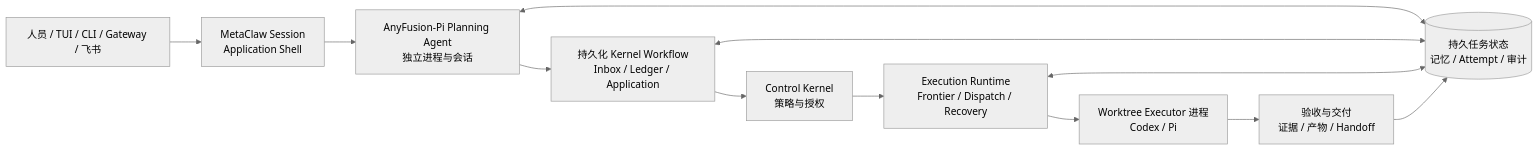
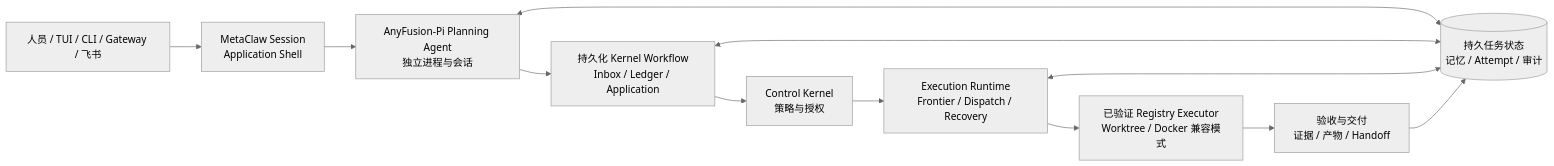
The diagram in README.zh-CN.md (MetaAny/AnyFusion), drawn with Mermaid (neutral theme) before and after one commit. The commit also changed other lines of this file and 116 other files, not shown here.

````diff
--- a/README.zh-CN.md
+++ b/README.zh-CN.md
@@ -57,16 +57,16 @@
 ```mermaid
 flowchart LR
   Intake[人员 / TUI / CLI / Gateway / 飞书] --> Session[MetaClaw Session<br/>Application Shell]
   Session --> Planning[AnyFusion-Pi Planning Agent<br/>独立进程与会话]
   Planning --> Workflow[持久化 Kernel Workflow<br/>Inbox / Ledger / Application]
   Workflow --> Kernel[Control Kernel<br/>策略与授权]
   Kernel --> Runtime[Execution Runtime<br/>Frontier / Dispatch / Recovery]
-  Runtime --> Agents[Worktree Executor 进程<br/>Codex / Pi]
+  Runtime --> Agents[已验证 Registry Executor<br/>Worktree / Docker 兼容模式]
   Agents --> Verify[验收与交付<br/>证据 / 产物 / Handoff]
 
   State[(持久任务状态<br/>记忆 / Attempt / 审计)]
   Planning <--> State
   Workflow <--> State
   Runtime <--> State
   Verify --> State
 ```
````
